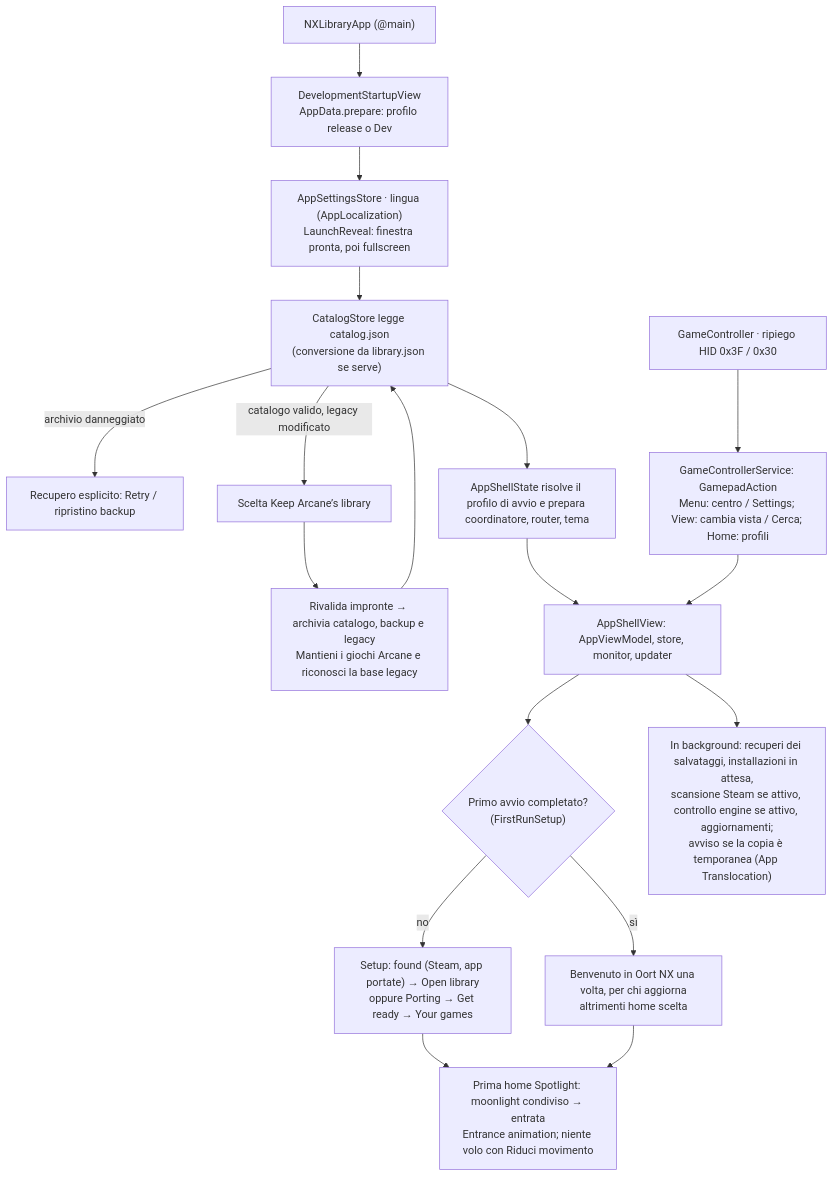
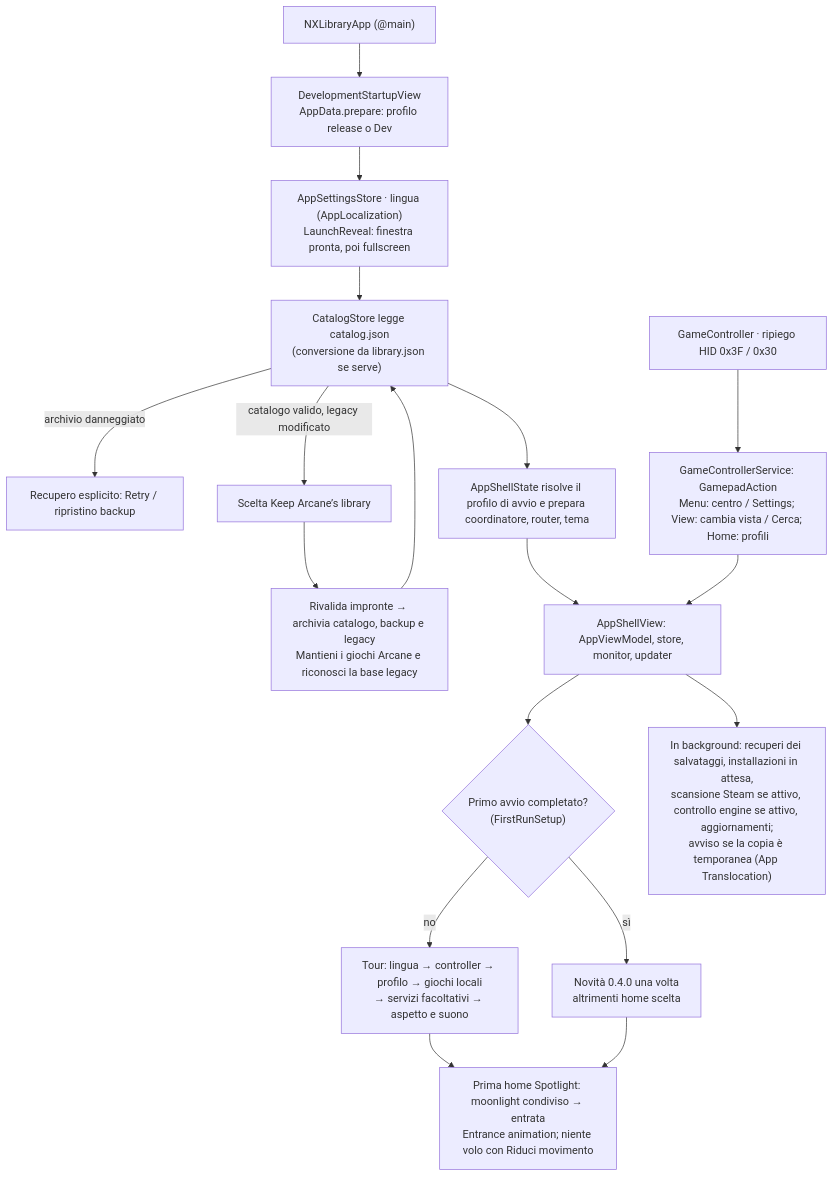
Before and after one commit to sofianbll/oort-nx: the first of 9 diagrams in docs/how-it-works/flows.md, drawn with Mermaid. The commit also changed other lines of this file and 33 other files, not shown here.

Commit message:
Guide first launch from local games to the library

````diff
--- a/docs/how-it-works/flows.md
+++ b/docs/how-it-works/flows.md
@@ -17,20 +17,20 @@
 ```mermaid
 flowchart TD
     A["NXLibraryApp (@main)"] --> B["DevelopmentStartupView<br/>AppData.prepare: profilo release o Dev"]
     B --> C["AppSettingsStore · lingua (AppLocalization)<br/>LaunchReveal: finestra pronta, poi fullscreen"]
     C --> D["CatalogStore legge catalog.json<br/>(conversione da library.json se serve)"]
     D -->|"archivio danneggiato"| R["Recupero esplicito: Retry / ripristino backup"]
     D -->|"catalogo valido, legacy modificato"| L["Scelta Keep Arcane’s library"]
     L --> LA["Rivalida impronte → archivia catalogo, backup e legacy<br/>Mantieni i giochi Arcane e riconosci la base legacy"]
     LA --> D
     D --> E["AppShellState risolve il profilo di avvio e prepara coordinatore, router, tema"]
     E --> F["AppShellView: AppViewModel, store, monitor, updater"]
     F --> G{"Primo avvio completato?<br/>(FirstRunSetup)"}
-    G -->|"no"| H["Setup: found (Steam, app portate) → Open library<br/>oppure Porting → Get ready → Your games"]
-    G -->|"sì"| I["Benvenuto in Oort NX una volta, per chi aggiorna<br/>altrimenti home scelta"]
+    G -->|"no"| H["Tour: lingua → controller → profilo → giochi locali<br/>→ servizi facoltativi → aspetto e suono"]
+    G -->|"sì"| I["Novità 0.4.0 una volta<br/>altrimenti home scelta"]
     H --> K["Prima home Spotlight: moonlight condiviso → entrata<br/>Entrance animation; niente volo con Riduci movimento"]
     I --> K
     F --> J["In background: recuperi dei salvataggi, installazioni in attesa,<br/>scansione Steam se attivo, controllo engine se attivo, aggiornamenti;<br/>avviso se la copia è temporanea (App Translocation)"]
     P["GameController · ripiego HID 0x3F / 0x30"] --> Q["GameControllerService: GamepadAction<br/>Menu: centro / Settings; View: cambia vista / Cerca; Home: profili"]
     Q --> F
 ```
````
